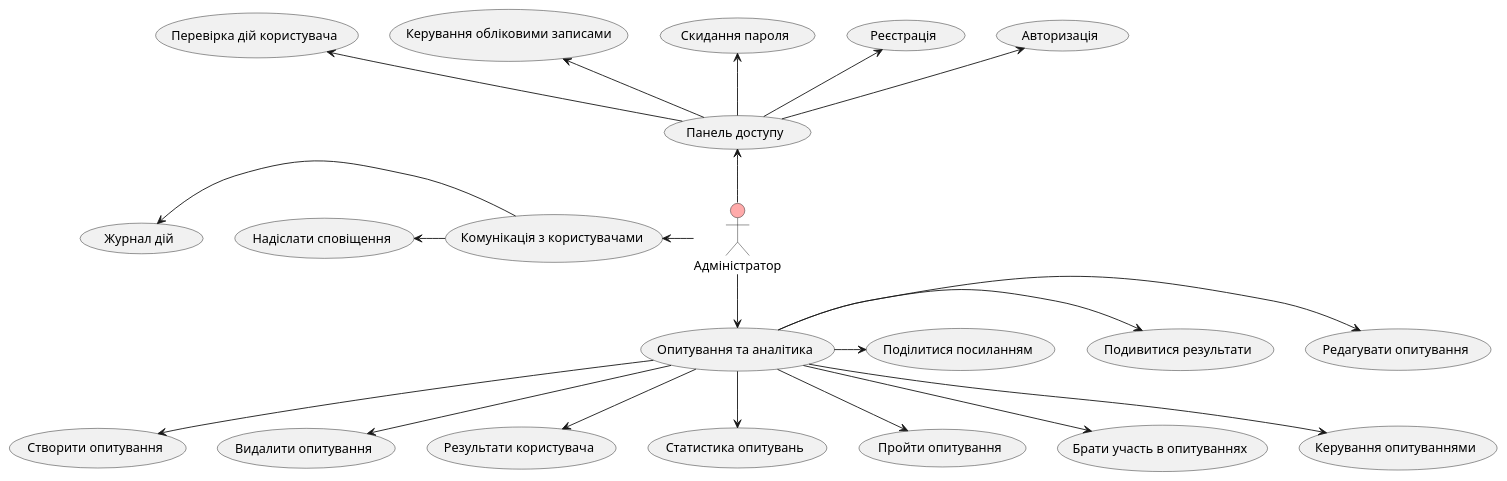
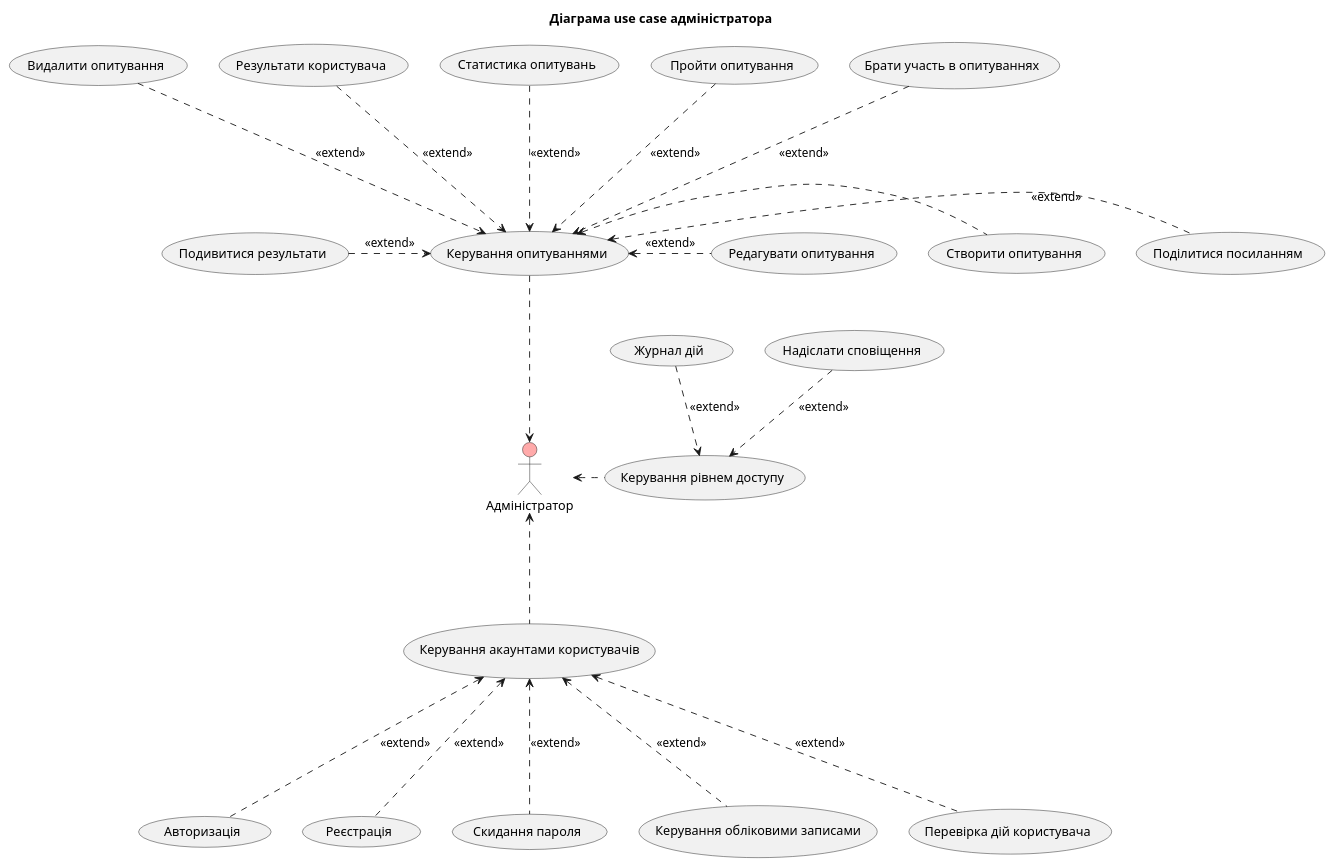
Before and after one commit to elidorbeth/edu_db_labs: the second of 10 diagrams in docs/use cases/README.md, drawn with PlantUML. The commit also changed other lines of this file, not shown here.

Commit message:
Діаграма адміністратора

```diff
--- a/docs/use cases/README.md
+++ b/docs/use cases/README.md
@@ -59,59 +59,50 @@
 @startuml
+title Діаграма use case адміністратора
+
 actor "Адміністратор" as Admin #ffaaaa
 
-' === Група 1: Панель доступу (вгору) ===
 usecase "Авторизація" as Auth
 usecase "Реєстрація" as Reg
 usecase "Скидання пароля" as Reset
 usecase "Керування обліковими записами" as Account
 usecase "Перевірка дій користувача" as LogsReview
-usecase "Панель доступу" as AccessPanel
-
-' === Група 2: Опитування та аналітика (вниз + вправо) ===
+usecase "Керування акаунтами користувачів" as UserAccounts
 usecase "Створити опитування" as Create
 usecase "Видалити опитування" as Delete
 usecase "Результати користувача" as Results
 usecase "Статистика опитувань" as Stats
 usecase "Пройти опитування" as Take
 usecase "Брати участь в опитуваннях" as Complete
-usecase "Керування опитуваннями" as Manage
 usecase "Редагувати опитування" as Edit
 usecase "Подивитися результати" as See
 usecase "Поділитися посиланням" as Share
-usecase "Опитування та аналітика" as SurveyAnalytics
 
-' === Група 3: Комунікація з користувачами (вліво) ===
+usecase "Керування опитуваннями" as SurveyControl
+
 usecase "Надіслати сповіщення" as Notify
 usecase "Журнал дій" as Logs
-usecase "Комунікація з користувачами" as Communication
+usecase "Керування рівнем доступу" as AccessControl
 
-' === Зв’язки адміністратора з групами ===
-Admin -up-> AccessPanel
-Admin -down-> SurveyAnalytics
-Admin -left-> Communication
+UserAccounts -up..> Admin
+SurveyControl -down..> Admin
+AccessControl -left..> Admin
 
-' === Підгрупа 1 — Панель доступу (вгору) ===
-AccessPanel -up-> Auth
-AccessPanel -up-> Reg
-AccessPanel -up-> Reset
-AccessPanel -up-> Account
-AccessPanel -up-> LogsReview
+Auth -up..> UserAccounts : <<extend>>
+Reg -up..> UserAccounts : <<extend>>
+Reset -up..> UserAccounts : <<extend>>
+Account -up..> UserAccounts : <<extend>>
+LogsReview -up..> UserAccounts : <<extend>>
 
-' === Підгрупа 2 — Опитування та аналітика ===
-' вниз
-SurveyAnalytics -down-> Create
-SurveyAnalytics -down-> Delete
-SurveyAnalytics -down-> Results
-SurveyAnalytics -down-> Stats
-SurveyAnalytics -down-> Take
-SurveyAnalytics -down-> Complete
-SurveyAnalytics -down-> Manage
-' вправо
-SurveyAnalytics -right-> Edit
-SurveyAnalytics -right-> See
-SurveyAnalytics -right-> Share
+Create -left..> SurveyControl
+Results -down..> SurveyControl : <<extend>>
+Stats -down..> SurveyControl : <<extend>>
+Take -down..> SurveyControl : <<extend>>
+Complete -down..> SurveyControl : <<extend>>
+Edit -left..> SurveyControl : <<extend>>
+Delete -down..> SurveyControl : <<extend>>
+See -right..> SurveyControl : <<extend>>
+Share -left..> SurveyControl : <<extend>>
 
-' === Підгрупа 3 — Комунікація (вліво) ===
-Communication -left-> Notify
-Communication -left-> Logs
+Notify ..> AccessControl : <<extend>>
+Logs ..> AccessControl : <<extend>>
 @enduml
```
